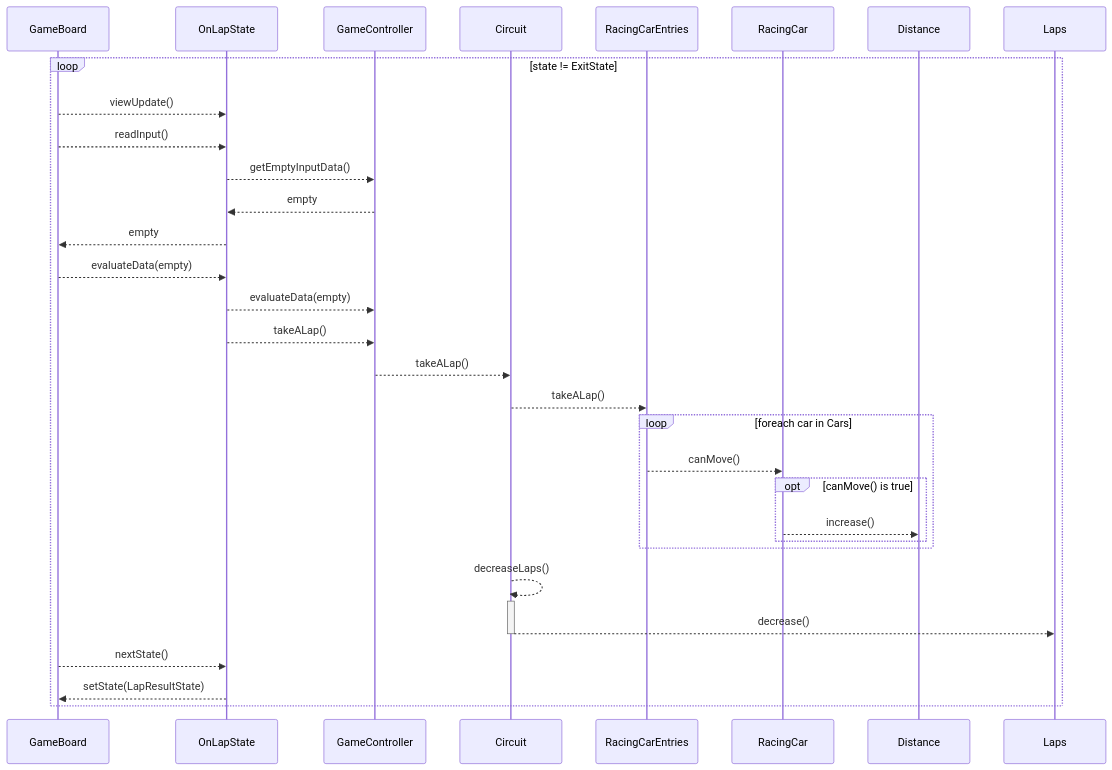
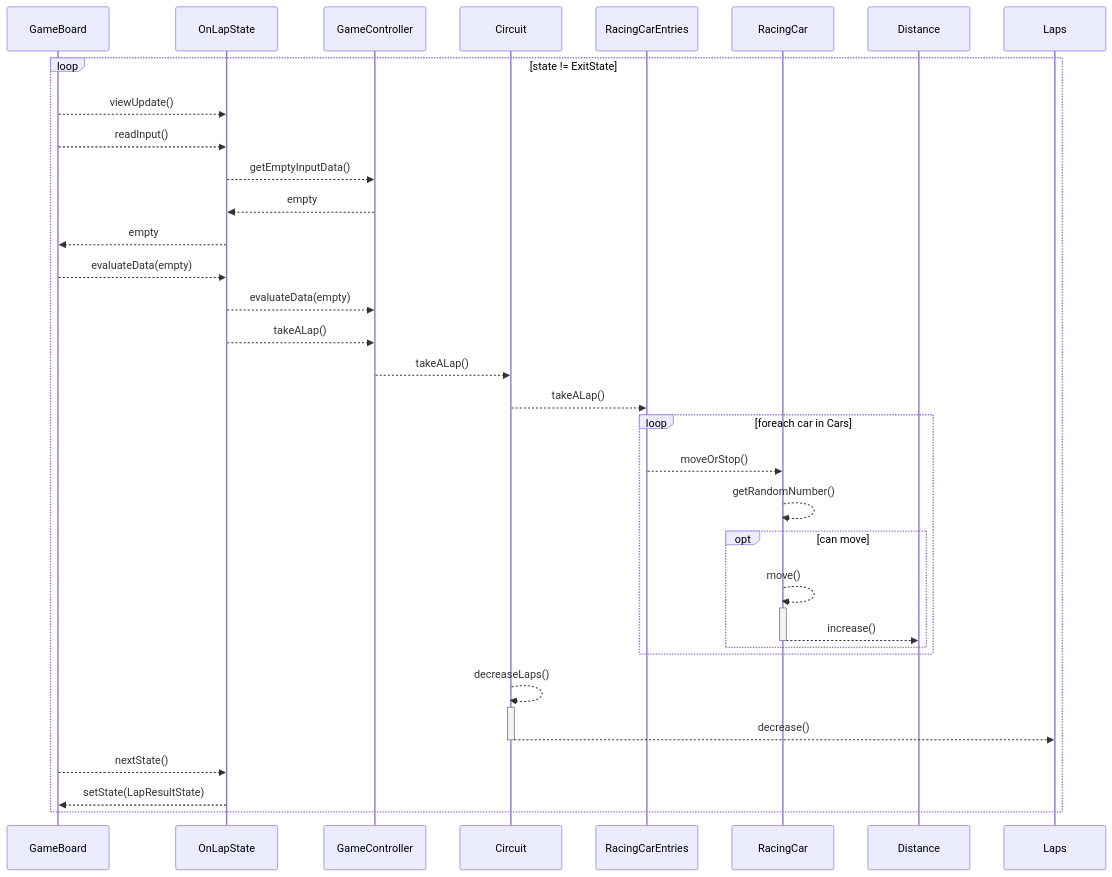
One commit to digiry/java-racingcar-precourse changed the fifth of 8 diagrams in docs/sequence_diagram.md. Above: the diagram before and after it, drawn with Mermaid. The commit also changed 2 other files, not shown here.

Commit message:
docs: change method to moveOrStop() from canMove()

````diff
--- a/docs/sequence_diagram.md
+++ b/docs/sequence_diagram.md
@@ -164,30 +164,32 @@
 ```mermaid
 sequenceDiagram
     loop state != ExitState
         GameBoard -->> OnLapState : viewUpdate()
 
         GameBoard -->> OnLapState : readInput()
         OnLapState -->> GameController : getEmptyInputData()
         GameController -->> OnLapState : empty
         OnLapState -->> GameBoard : empty
 
         GameBoard -->> OnLapState : evaluateData(empty)
         OnLapState -->> GameController : evaluateData(empty)
         OnLapState -->> GameController : takeALap()
         GameController -->> Circuit : takeALap()
         Circuit -->> RacingCarEntries : takeALap()
 
         loop foreach car in Cars
-            RacingCarEntries -->> RacingCar : canMove()
-            opt canMove() is true
-                RacingCar -->> Distance : increase()
+            RacingCarEntries -->> RacingCar : moveOrStop()
+            RacingCar -->> RacingCar : getRandomNumber()
+            opt can move
+                RacingCar -->>+ RacingCar : move()
+                RacingCar -->>- Distance : increase()
             end
         end 
 
         Circuit -->>+ Circuit : decreaseLaps()
         Circuit -->>- Laps : decrease()
 
         GameBoard -->> OnLapState : nextState()
         OnLapState -->> GameBoard : setState(LapResultState)
     end
 ```
````
